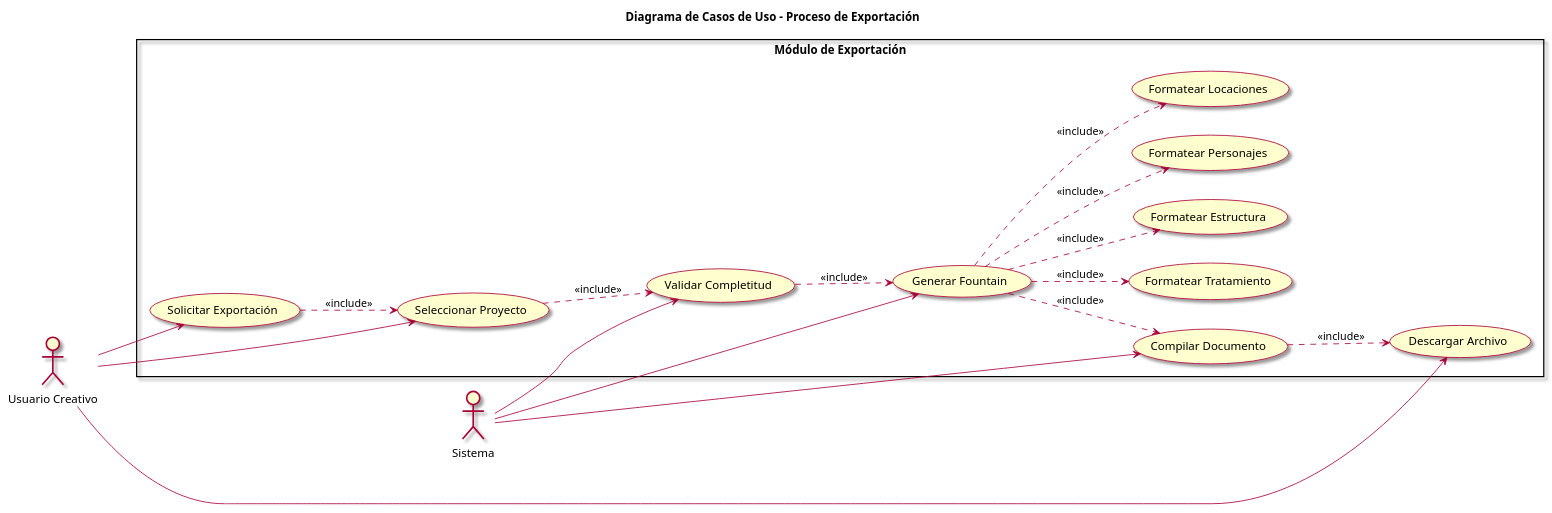
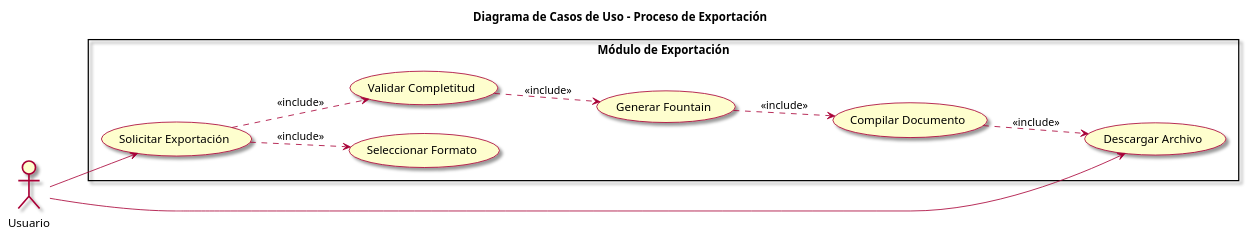
The diagram in DiagramasCasosDeUso/Exportacion.plantuml (Dreamink-SNPP/AnalysisDesign), drawn with PlantUML before and after one commit.

Commit message:
Update export process use case to simplify

```diff
--- a/DiagramasCasosDeUso/Exportacion.plantuml
+++ b/DiagramasCasosDeUso/Exportacion.plantuml
@@ -1,43 +1,29 @@
 @startuml Proceso_Exportacion
 title Diagrama de Casos de Uso - Proceso de Exportación
 skin rose
 
 left to right direction
 skinparam packageStyle rectangle
 
-actor "Usuario Creativo" as User
-actor "Sistema" as System
+actor "Usuario" as User
 
 rectangle "Módulo de Exportación" {
     usecase "Solicitar Exportación" as UCX1
-    usecase "Seleccionar Proyecto" as UCX2
+    usecase "Seleccionar Formato" as UCX2
     usecase "Validar Completitud" as UCX3
     usecase "Generar Fountain" as UCX4
-    usecase "Formatear Tratamiento" as UCX5
-    usecase "Formatear Estructura" as UCX6
-    usecase "Formatear Personajes" as UCX7
-    usecase "Formatear Locaciones" as UCX8
-    usecase "Compilar Documento" as UCX9
-    usecase "Descargar Archivo" as UCX10
+    usecase "Compilar Documento" as UCX5
+    usecase "Descargar Archivo" as UCX6
 }
 
 User --> UCX1
-User --> UCX2
-User --> UCX10
-
-System --> UCX3
-System --> UCX4
-System --> UCX9
+User --> UCX6
 
 ' Include relationships
 UCX1 ..> UCX2 : <<include>>
-UCX2 ..> UCX3 : <<include>>
+UCX1 ..> UCX3 : <<include>>
 UCX3 ..> UCX4 : <<include>>
 UCX4 ..> UCX5 : <<include>>
-UCX4 ..> UCX6 : <<include>>
-UCX4 ..> UCX7 : <<include>>
-UCX4 ..> UCX8 : <<include>>
-UCX4 ..> UCX9 : <<include>>
-UCX9 ..> UCX10 : <<include>>
+UCX5 ..> UCX6 : <<include>>
 
 @enduml
```
